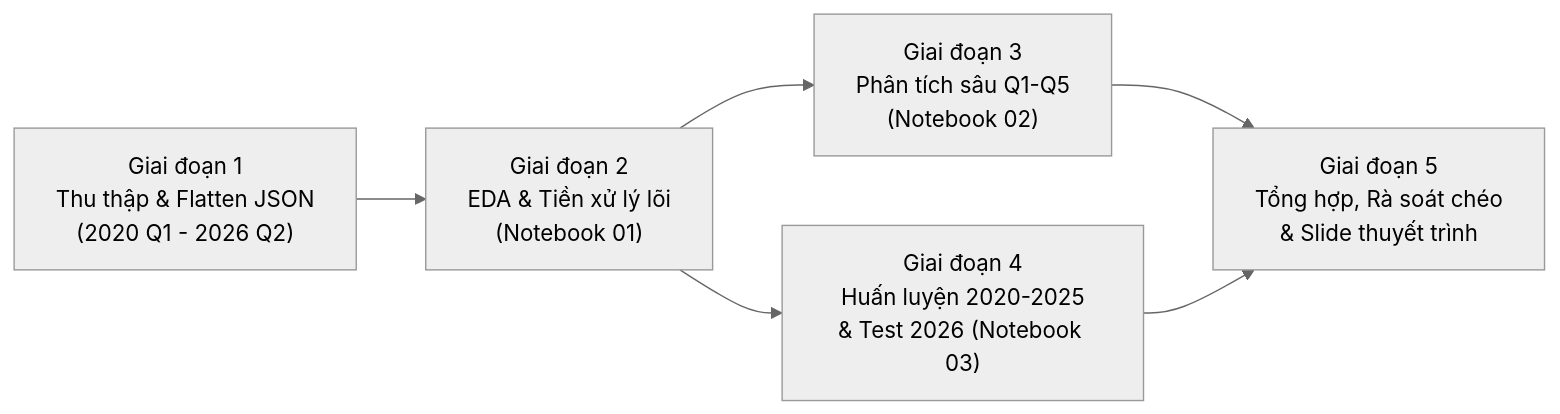
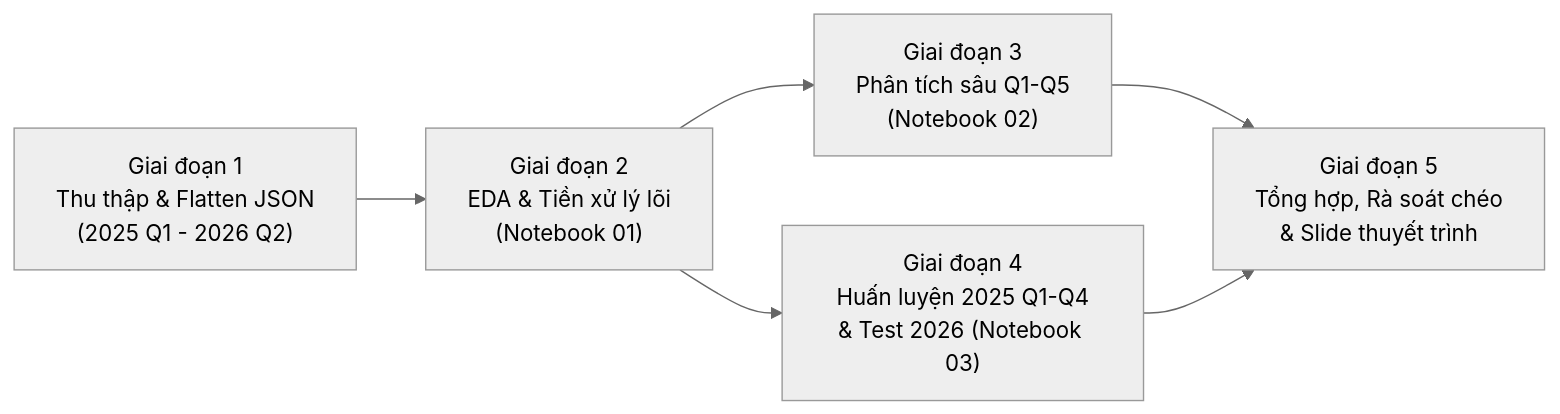
Before and after one commit to LeoTkiet/Prg4DS-G3: the diagram in README.md, drawn with Mermaid (neutral theme). The commit also changed other lines of this file, not shown here.

````diff
--- a/README.md
+++ b/README.md
@@ -136,8 +155,8 @@
 ```mermaid
 flowchart LR
-    P1["Giai đoạn 1\nThu thập & Flatten JSON\n(2020 Q1 - 2026 Q2)"] --> P2["Giai đoạn 2\nEDA & Tiền xử lý lõi\n(Notebook 01)"]
+    P1["Giai đoạn 1\nThu thập & Flatten JSON\n(2025 Q1 - 2026 Q2)"] --> P2["Giai đoạn 2\nEDA & Tiền xử lý lõi\n(Notebook 01)"]
     P2 --> P3["Giai đoạn 3\nPhân tích sâu Q1-Q5\n(Notebook 02)"]
-    P2 --> P4["Giai đoạn 4\nHuấn luyện 2020-2025\n& Test 2026 (Notebook 03)"]
+    P2 --> P4["Giai đoạn 4\nHuấn luyện 2025 Q1-Q4\n& Test 2026 (Notebook 03)"]
     P3 --> P5["Giai đoạn 5\nTổng hợp, Rà soát chéo\n& Slide thuyết trình"]
     P4 --> P5
 ```
````
